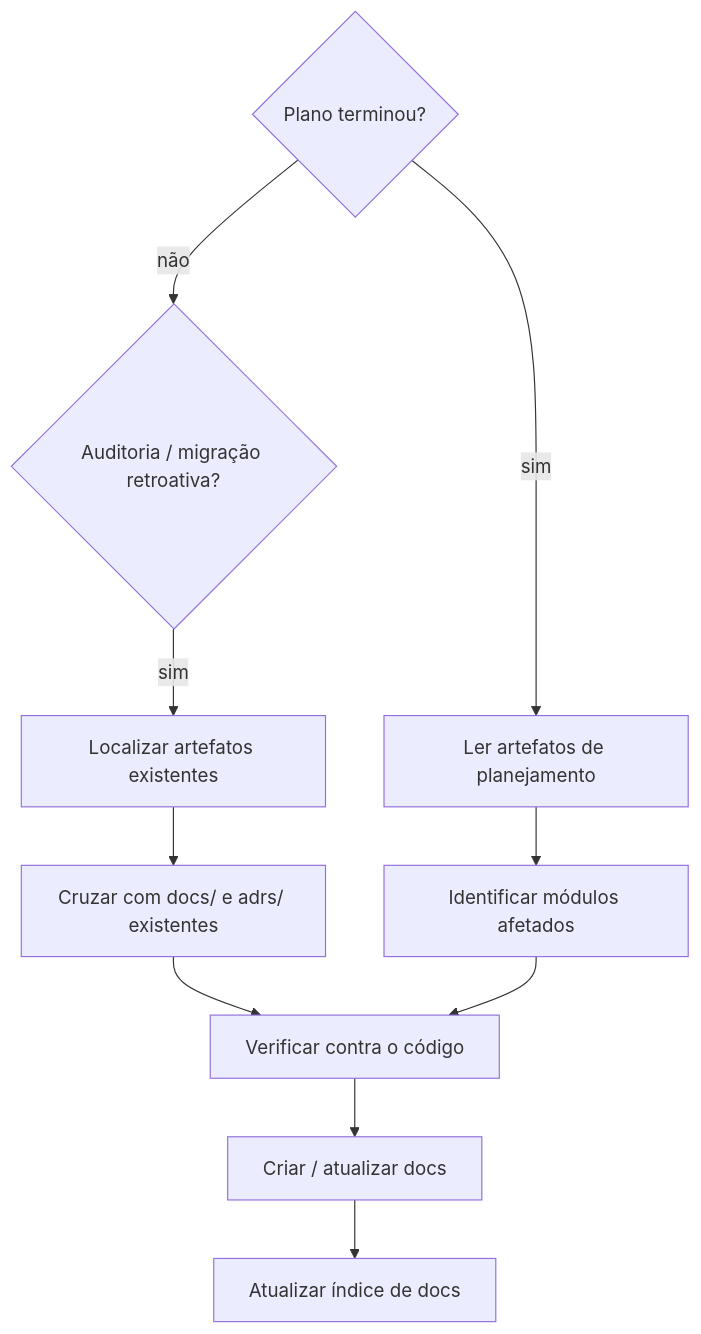
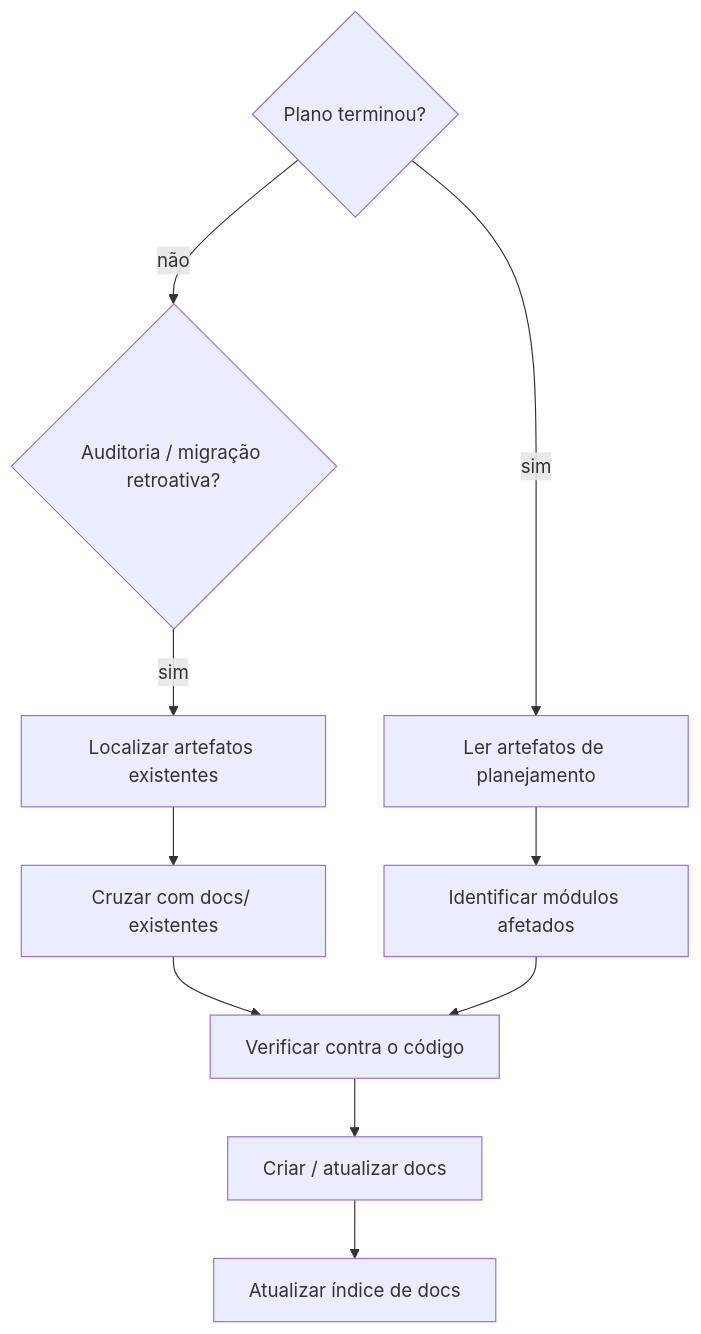
Before and after one commit to kenzo09/ai: the diagram in skills/live-docs/SKILL.md, drawn with Mermaid. The commit also changed other lines of this file and 8 other files, not shown here.

Commit message:
feat: enhance live-docs skill and guidelines for improved documentation practices across architecture, BDD, PRD, and reference types

````diff
--- a/skills/live-docs/SKILL.md
+++ b/skills/live-docs/SKILL.md
@@ -88,13 +70,13 @@
 ```mermaid
 flowchart TD
     A{Plano terminou?}
     A -- sim --> B[Ler artefatos de planejamento]
     A -- não --> C{Auditoria / migração retroativa?}
     C -- sim --> D[Localizar artefatos existentes]
-    D --> E[Cruzar com docs/ e adrs/ existentes]
+    D --> E[Cruzar com docs/ existentes]
     E --> F[Verificar contra o código]
     B --> G[Identificar módulos afetados]
     G --> F
     F --> H[Criar / atualizar docs]
     H --> I[Atualizar índice de docs]
 ```
````
